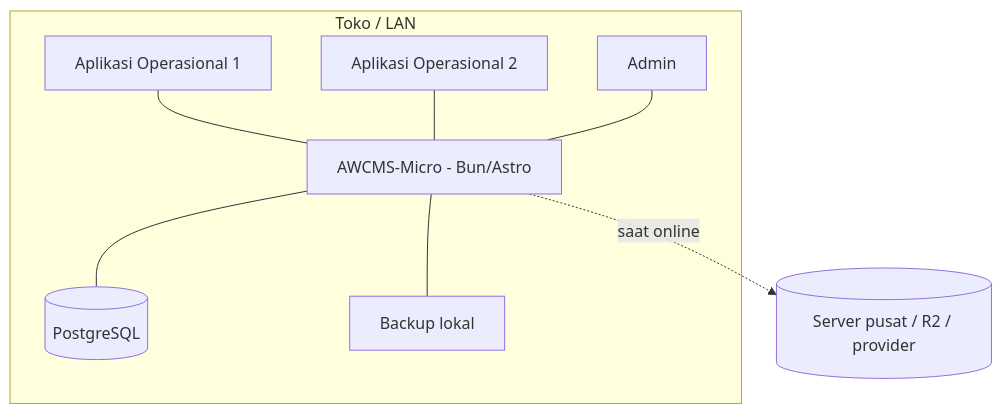
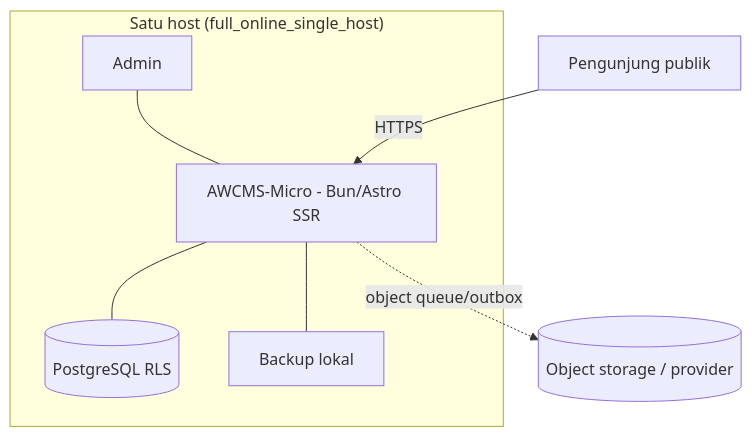
Before and after one commit to ahliweb/awcms-micro: the third of 3 diagrams in docs/awcms-micro/18_configuration_env_reference.md, drawn with Mermaid. The commit also changed other lines of this file and 23 other files, not shown here.

First line of the commit message:
docs(scope): reconcile full-online deployment, sync-storage purpose, and durable object-storage profiles (#275)

````diff
--- a/docs/awcms-micro/18_configuration_env_reference.md
+++ b/docs/awcms-micro/18_configuration_env_reference.md
@@ -1170,17 +1184,14 @@
 ```mermaid
 flowchart TB
-  subgraph LAN["Toko / LAN"]
-    P1[Aplikasi Operasional 1]
-    P2[Aplikasi Operasional 2]
+  subgraph Host["Satu host (full_online_single_host)"]
     A1[Admin]
-    Srv[AWCMS-Micro - Bun/Astro]
-    DB[(PostgreSQL)]
+    Srv[AWCMS-Micro - Bun/Astro SSR]
+    DB[(PostgreSQL RLS)]
     Bak[Backup lokal]
     Srv --- DB
     Srv --- Bak
-    P1 --- Srv
-    P2 --- Srv
     A1 --- Srv
   end
-  Srv -. saat online .-> Cloud[(Server pusat / R2 / provider)]
+  Vis[Pengunjung publik] -->|HTTPS| Srv
+  Srv -. object queue/outbox .-> Cloud[(Object storage / provider)]
 ```
````
